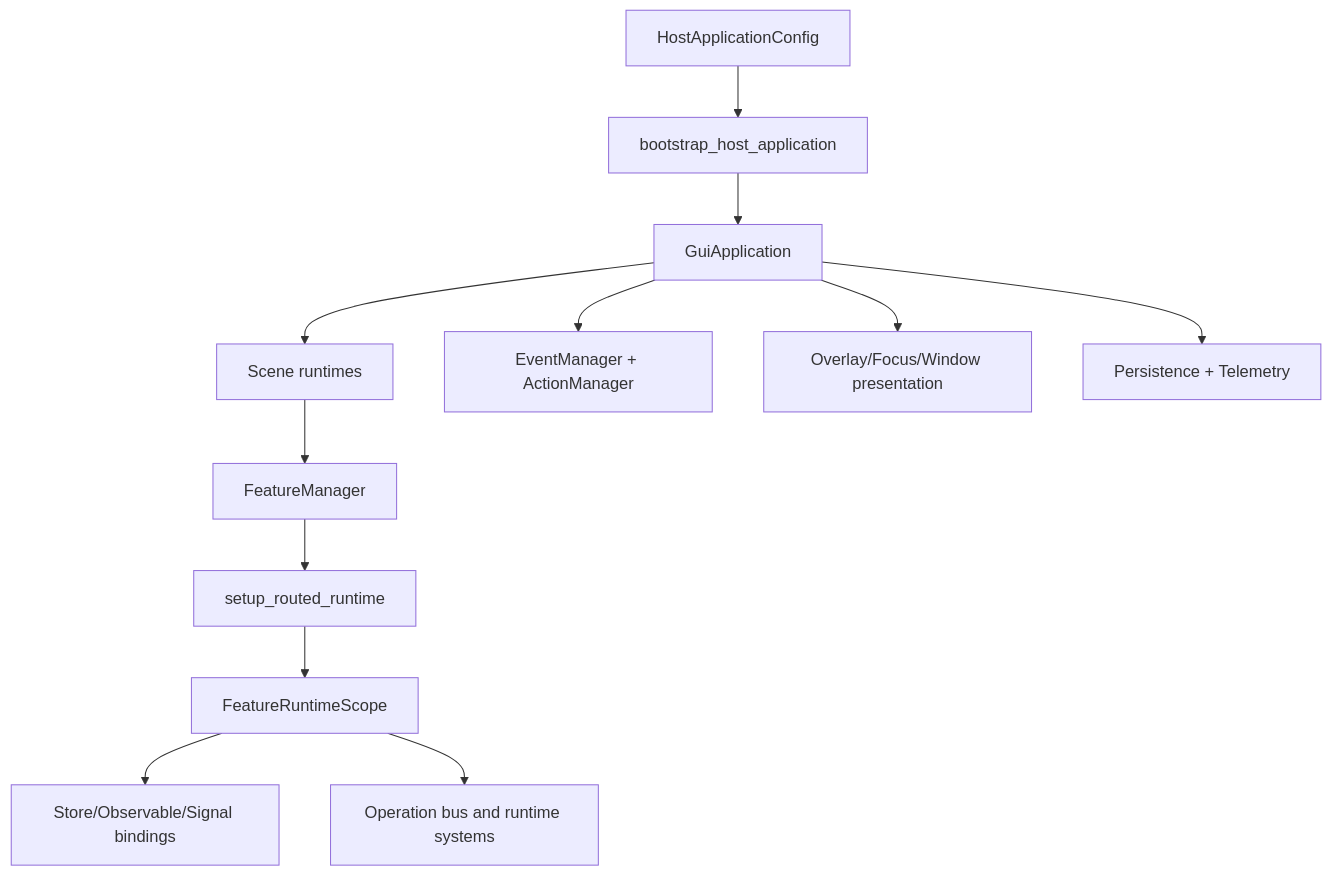
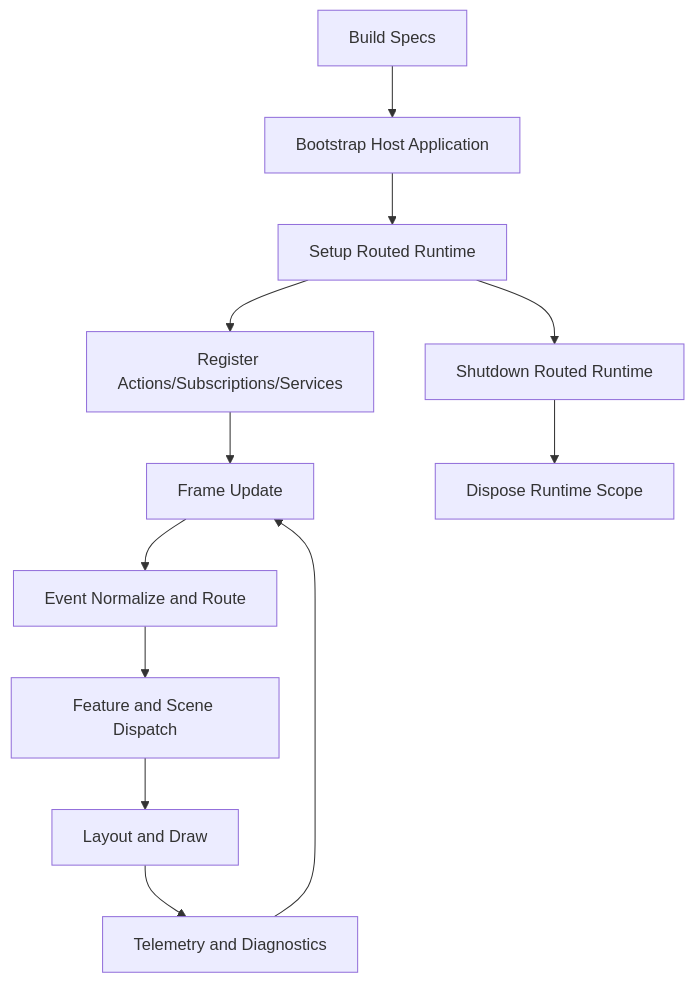
One commit to corekase/gui_do changed the diagram in MANUAL.md. Above: the diagram before and after it, drawn with Mermaid. The commit also changed other lines of this file and 2 other files, not shown here.

````diff
--- a/MANUAL.md
+++ b/MANUAL.md
@@ -1226,14 +700,14 @@
 ```mermaid
-graph TD
-  A[HostApplicationConfig] --> B[bootstrap_host_application]
-  B --> C[GuiApplication]
-  C --> D[Scene runtimes]
-  D --> E[FeatureManager]
-  E --> F[setup_routed_runtime]
-  F --> G[FeatureRuntimeScope]
-  G --> H[Store/Observable/Signal bindings]
-  G --> I[Operation bus and runtime systems]
-  C --> J[EventManager + ActionManager]
-  C --> K[Overlay/Focus/Window presentation]
-  C --> L[Persistence + Telemetry]
+flowchart TD
+  A[Build Specs] --> B[Bootstrap Host Application]
+  B --> C[Setup Routed Runtime]
+  C --> D[Register Actions/Subscriptions/Services]
+  D --> E[Frame Update]
+  E --> F[Event Normalize and Route]
+  F --> G[Feature and Scene Dispatch]
+  G --> H[Layout and Draw]
+  H --> I[Telemetry and Diagnostics]
+  I --> E
+  C --> J[Shutdown Routed Runtime]
+  J --> K[Dispose Runtime Scope]
 ```
````
